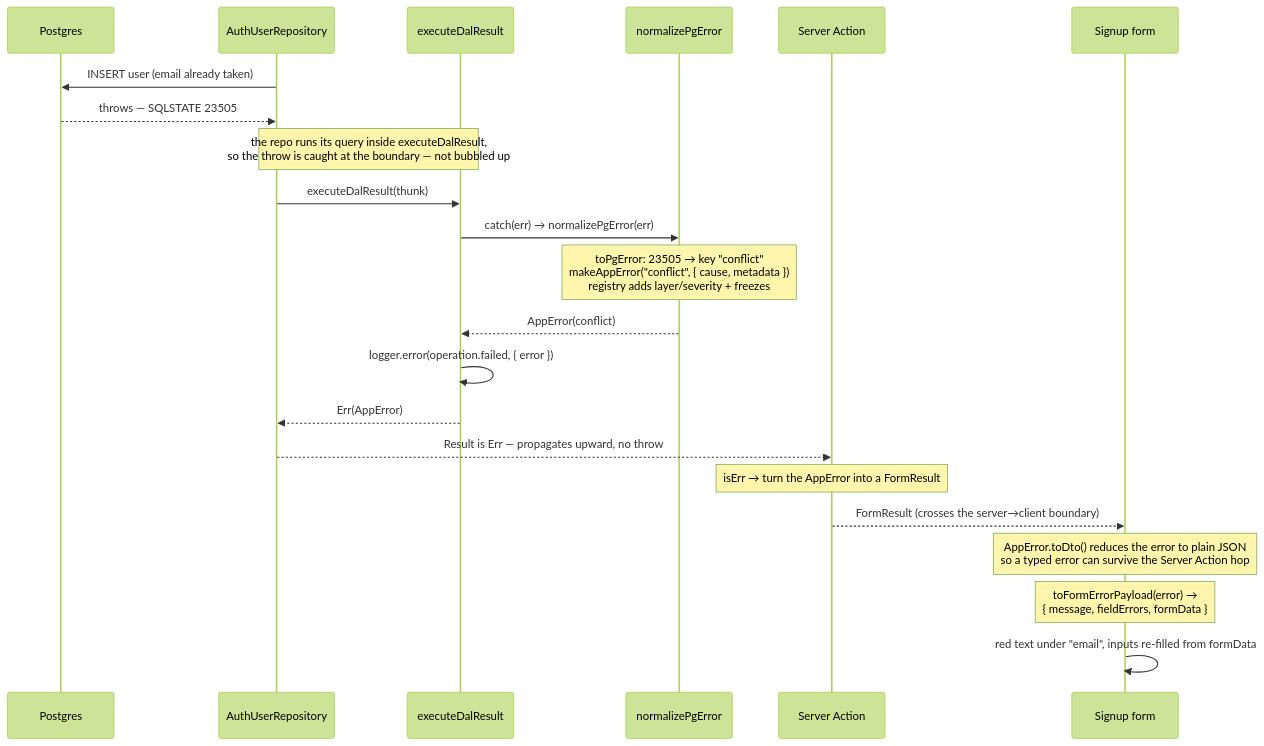
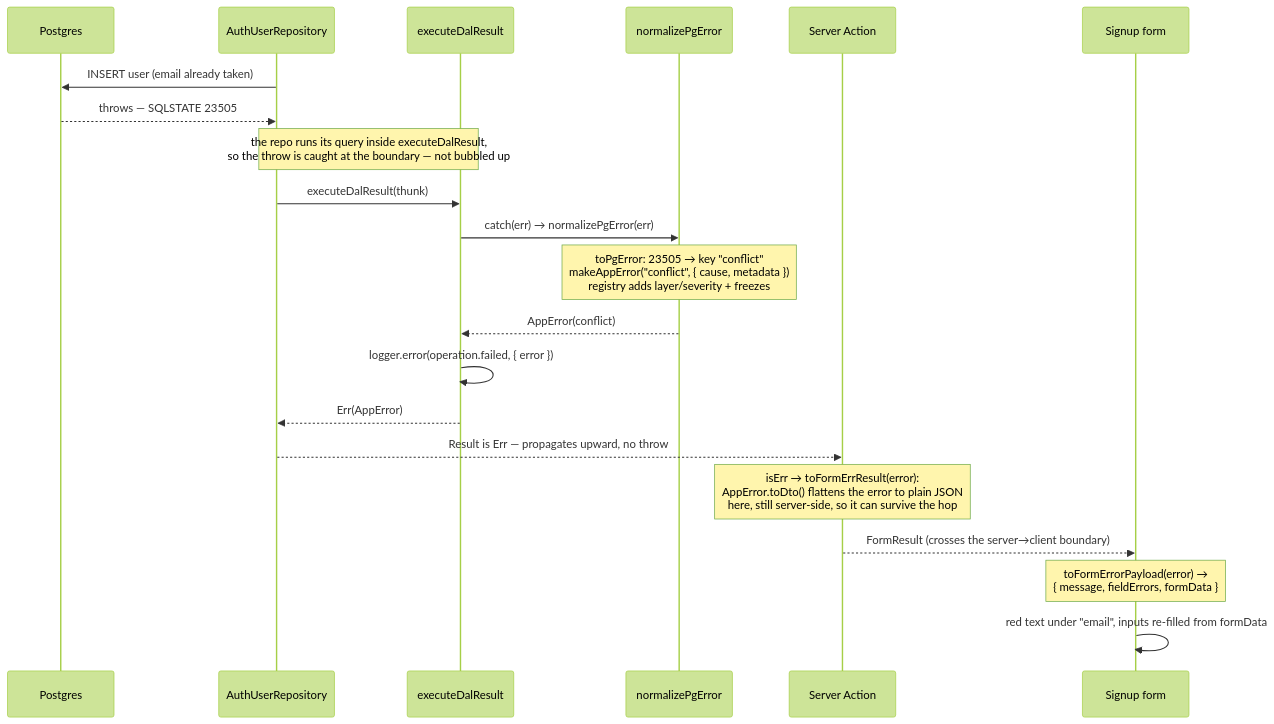
The second of 3 diagrams in docs/diagrams/error-handling-flow.md (andrewpetersondev/nextjs-dashboard), drawn with Mermaid (forest theme) before and after one commit. The commit also changed other lines of this file and 10 other files, not shown here.

First line of the commit message:
docs(diagrams): reconcile the drift-flagged architecture diagrams with the code

````diff
--- a/docs/diagrams/error-handling-flow.md
+++ b/docs/diagrams/error-handling-flow.md
@@ -50,25 +57,24 @@
 ```mermaid
 sequenceDiagram
     participant DB as Postgres
     participant Repo as AuthUserRepository
     participant DAL as executeDalResult
     participant Norm as normalizePgError
     participant Action as Server Action
     participant UI as Signup form
 
     Repo->>DB: INSERT user (email already taken)
     DB-->>Repo: throws — SQLSTATE 23505
     Note over Repo,DAL: the repo runs its query inside executeDalResult,<br/>so the throw is caught at the boundary — not bubbled up
     Repo->>DAL: executeDalResult(thunk)
     DAL->>Norm: catch(err) → normalizePgError(err)
     Note over Norm: toPgError: 23505 → key "conflict"<br/>makeAppError("conflict", { cause, metadata })<br/>registry adds layer/severity + freezes
     Norm-->>DAL: AppError(conflict)
     DAL->>DAL: logger.error(operation.failed, { error })
     DAL-->>Repo: Err(AppError)
     Repo-->>Action: Result is Err — propagates upward, no throw
-    Note over Action: isErr → turn the AppError into a FormResult
+    Note over Action: isErr → toFormErrResult(error):<br/>AppError.toDto() flattens the error to plain JSON<br/>here, still server-side, so it can survive the hop
     Action-->>UI: FormResult (crosses the server→client boundary)
-    Note over UI: AppError.toDto() reduces the error to plain JSON<br/>so a typed error can survive the Server Action hop
     Note over UI: toFormErrorPayload(error) →<br/>{ message, fieldErrors, formData }
     UI->>UI: red text under "email", inputs re-filled from formData
 ```
````
